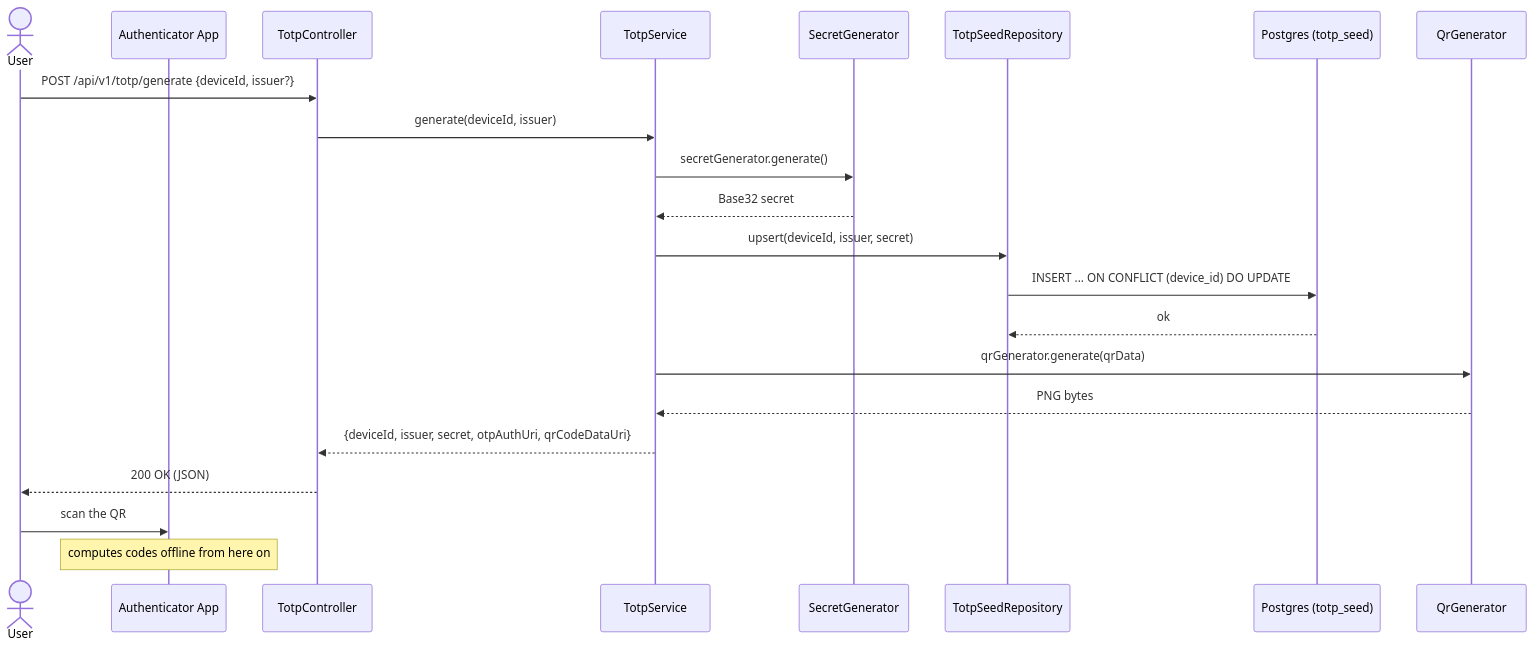
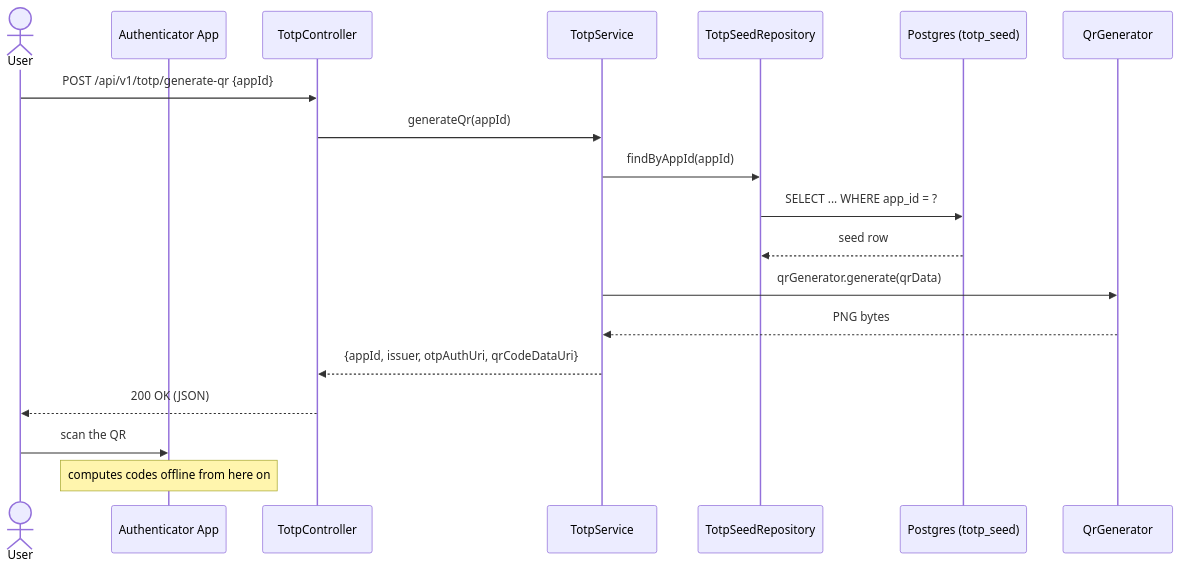
One commit to himnay/learning-totp changed the fourth of 7 diagrams in README.md. Above: the diagram before and after it, drawn with Mermaid. The commit also changed other lines of this file and 18 other files, not shown here.

Commit message:
add totp code and validation

````diff
--- a/README.md
+++ b/README.md
@@ -298,25 +338,22 @@
 ```mermaid
 sequenceDiagram
     actor User
     participant App as Authenticator App
     participant API as TotpController
     participant Svc as TotpService
-    participant SG as SecretGenerator
     participant Repo as TotpSeedRepository
     participant DB as Postgres (totp_seed)
     participant QG as QrGenerator
 
-    User->>API: POST /api/v1/totp/generate {deviceId, issuer?}
-    API->>Svc: generate(deviceId, issuer)
-    Svc->>SG: secretGenerator.generate()
-    SG-->>Svc: Base32 secret
-    Svc->>Repo: upsert(deviceId, issuer, secret)
-    Repo->>DB: INSERT ... ON CONFLICT (device_id) DO UPDATE
-    DB-->>Repo: ok
+    User->>API: POST /api/v1/totp/generate-qr {appId}
+    API->>Svc: generateQr(appId)
+    Svc->>Repo: findByAppId(appId)
+    Repo->>DB: SELECT ... WHERE app_id = ?
+    DB-->>Repo: seed row
     Svc->>QG: qrGenerator.generate(qrData)
     QG-->>Svc: PNG bytes
-    Svc-->>API: {deviceId, issuer, secret, otpAuthUri, qrCodeDataUri}
+    Svc-->>API: {appId, issuer, otpAuthUri, qrCodeDataUri}
     API-->>User: 200 OK (JSON)
     User->>App: scan the QR
     Note over App: computes codes offline from here on
 ```
````
